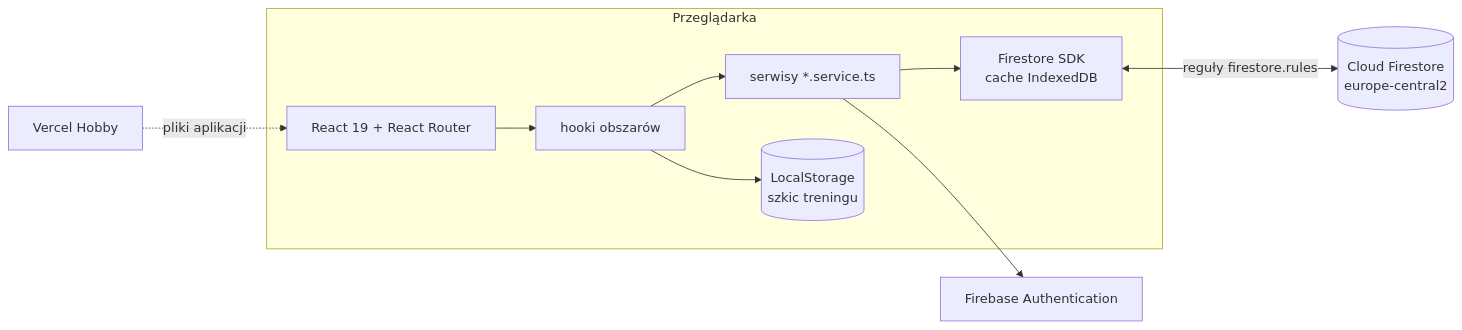
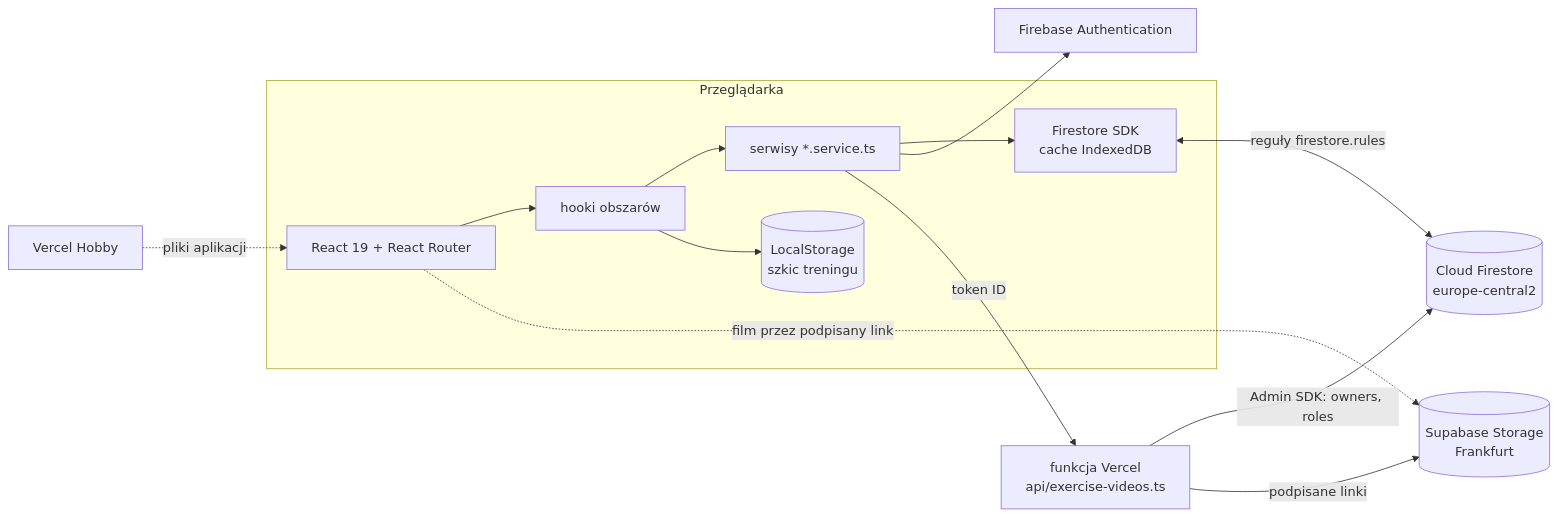
One commit to KamilKamilK/Training-tracker changed the first of 2 diagrams in docs/ARCHITECTURE.md. Above: the diagram before and after it, drawn with Mermaid. The commit also changed other lines of this file and 48 other files, not shown here.

````diff
--- a/docs/ARCHITECTURE.md
+++ b/docs/ARCHITECTURE.md
@@ -9,12 +9,16 @@
 ```mermaid
 flowchart LR
   subgraph Przeglądarka
     UI[React 19 + React Router] --> H[hooki obszarów]
     H --> S["serwisy *.service.ts"]
     S --> SDK[Firestore SDK<br/>cache IndexedDB]
     H --> LS[(LocalStorage<br/>szkic treningu)]
   end
   S --> AUTH[Firebase Authentication]
   SDK <-->|reguły firestore.rules| FS[(Cloud Firestore<br/>europe-central2)]
   V[Vercel Hobby] -. pliki aplikacji .-> UI
+  S -->|token ID| API[funkcja Vercel<br/>api/exercise-videos.ts]
+  API -->|Admin SDK: owners, roles| FS
+  API -->|podpisane linki| SB[(Supabase Storage<br/>Frankfurt)]
+  UI -. film przez podpisany link .-> SB
 ```
````
